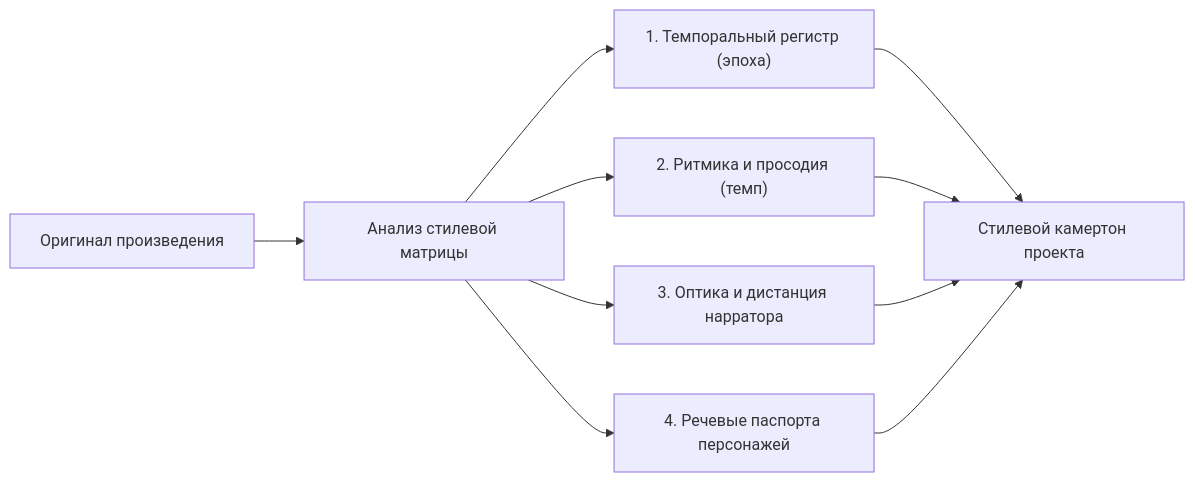
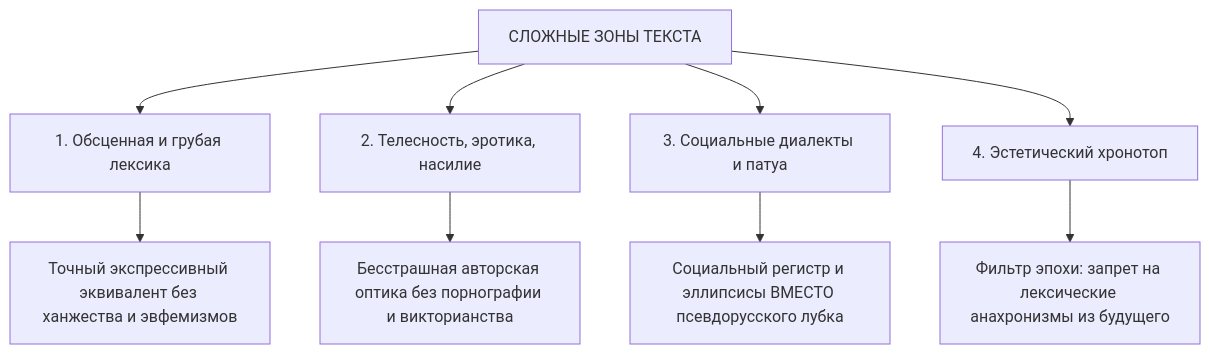
Before and after one commit to lnp/classic-russian-translation: the second of 4 diagrams in AGENTS.md, drawn with Mermaid. The commit also changed other lines of this file, not shown here.

````diff
--- a/AGENTS.md
+++ b/AGENTS.md
@@ -53,9 +92,12 @@
 ```mermaid
-flowchart LR
-    A["Оригинал произведения"] --> B["Анализ стилевой матрицы"]
-    B --> C["1. Темпоральный регистр (эпоха)"]
-    B --> D["2. Ритмика и просодия (темп)"]
-    B --> E["3. Оптика и дистанция нарратора"]
-    B --> F["4. Речевые паспорта персонажей"]
-    C & D & E & F --> G["Стилевой камертон проекта"]
+flowchart TD
+    D["СЛОЖНЫЕ ЗОНЫ ТЕКСТА"] --> D1["1. Обсценная и грубая лексика"]
+    D --> D2["2. Телесность, эротика, насилие"]
+    D --> D3["3. Социальные диалекты и патуа"]
+    D --> D4["4. Эстетический хронотоп"]
+    
+    D1 --> R1["Точный экспрессивный эквивалент без ханжества и эвфемизмов"]
+    D2 --> R2["Бесстрашная авторская оптика без порнографии и викторианства"]
+    D3 --> R3["Социальный регистр и эллипсисы ВМЕСТО псевдорусского лубка"]
+    D4 --> R4["Фильтр эпохи: запрет на лексические анахронизмы из будущего"]
 ```
````
